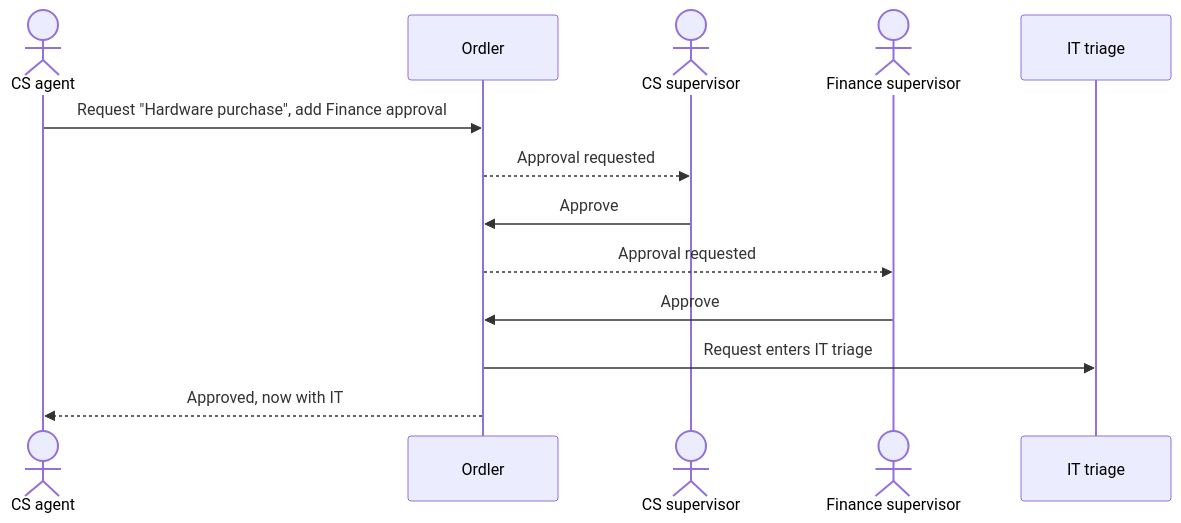
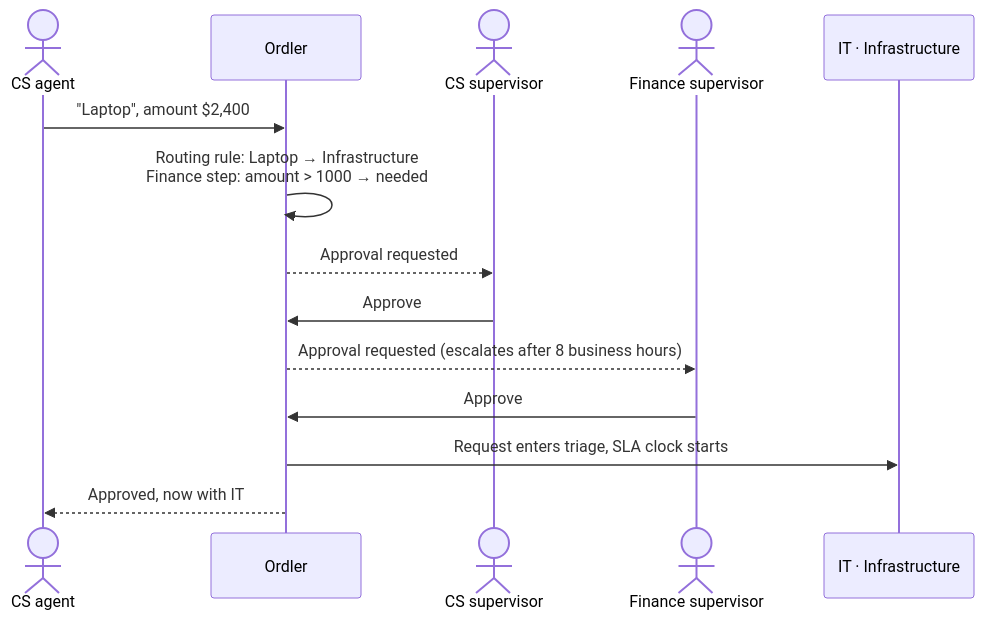
The first of 2 diagrams in README.md (Elkhan-Isayev/ordler), drawn with Mermaid before and after one commit. The commit also changed other lines of this file and 3 other files, not shown here.

````diff
--- a/README.md
+++ b/README.md
@@ -84,15 +109,16 @@
 ```mermaid
 sequenceDiagram
     actor A as CS agent
     participant O as Ordler
     actor S as CS supervisor
     actor F as Finance supervisor
-    participant T as IT triage
-    A->>O: Request "Hardware purchase", add Finance approval
+    participant T as IT · Infrastructure
+    A->>O: "Laptop", amount $2,400
+    O->>O: Routing rule: Laptop → Infrastructure<br/>Finance step: amount > 1000 → needed
     O-->>S: Approval requested
     S->>O: Approve
-    O-->>F: Approval requested
+    O-->>F: Approval requested (escalates after 8 business hours)
     F->>O: Approve
-    O->>T: Request enters IT triage
+    O->>T: Request enters triage, SLA clock starts
     O-->>A: Approved, now with IT
 ```
````
